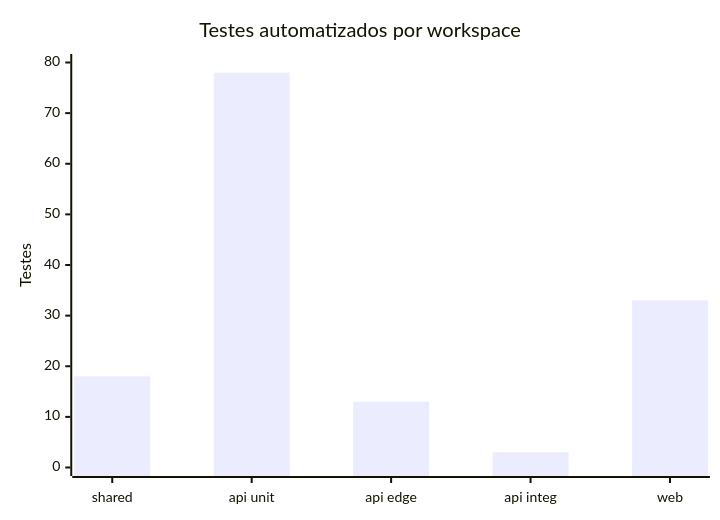
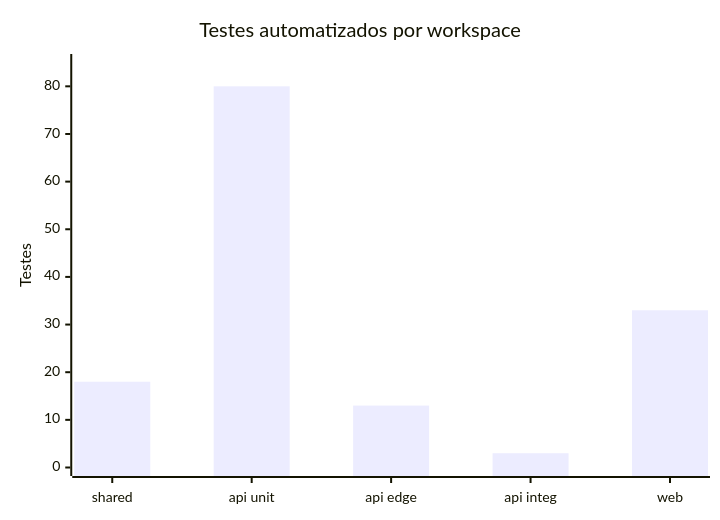
Before and after one commit to Digooow/pokedex-frontend: the ninth of 12 diagrams in README.md, drawn with Mermaid. The commit also changed other lines of this file and 14 other files, not shown here.

````diff
--- a/README.md
+++ b/README.md
@@ -527,7 +527,7 @@
 ```mermaid
 xychart-beta
   title "Testes automatizados por workspace"
   x-axis ["shared", "api unit", "api edge", "api integ", "web"]
-  y-axis "Testes" 0 --> 80
-  bar [18, 78, 13, 3, 33]
+  y-axis "Testes" 0 --> 85
+  bar [18, 80, 13, 3, 33]
 ```
````
